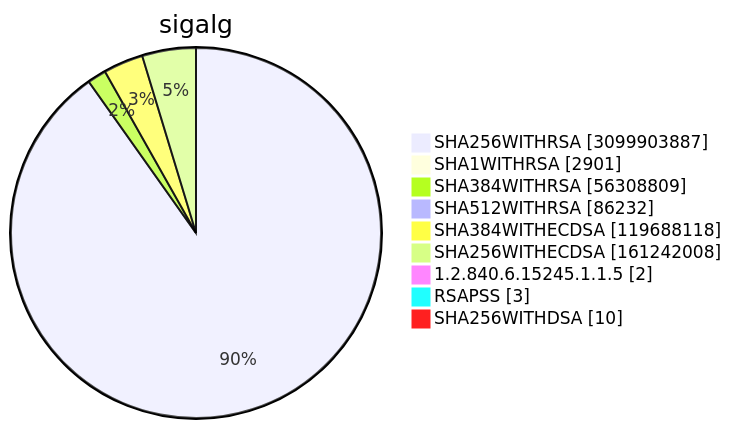
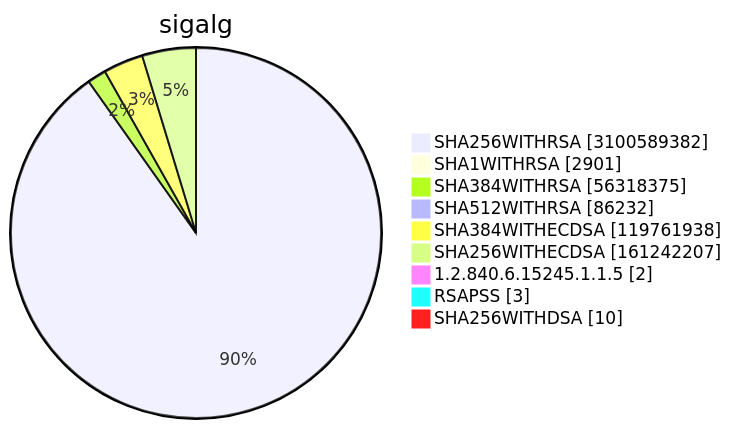
Diagram 15 of 15 in TOTAL/README.md (christiankrug/ctmonitor_visualization), drawn with Mermaid before and after one commit. The commit also changed other lines of this file, not shown here.

````diff
--- a/TOTAL/README.md
+++ b/TOTAL/README.md
@@ -6212,13 +6212,13 @@
 ```mermaid
 pie showData
 title sigalg
-"SHA256WITHRSA" :3099903887
+"SHA256WITHRSA" :3100589382
 "SHA1WITHRSA" :2901
-"SHA384WITHRSA" :56308809
+"SHA384WITHRSA" :56318375
 "SHA512WITHRSA" :86232
-"SHA384WITHECDSA" :119688118
-"SHA256WITHECDSA" :161242008
+"SHA384WITHECDSA" :119761938
+"SHA256WITHECDSA" :161242207
 "1.2.840.6.15245.1.1.5" :2
 "RSAPSS" :3
 "SHA256WITHDSA" :10
 ```
````
